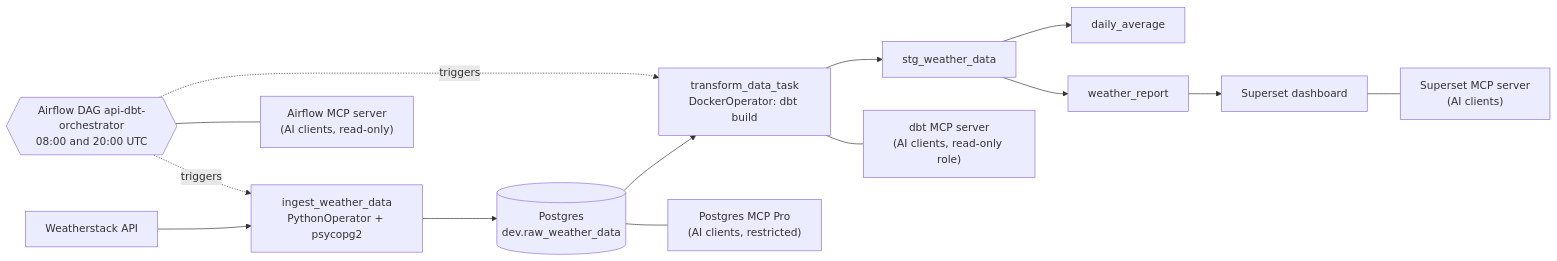
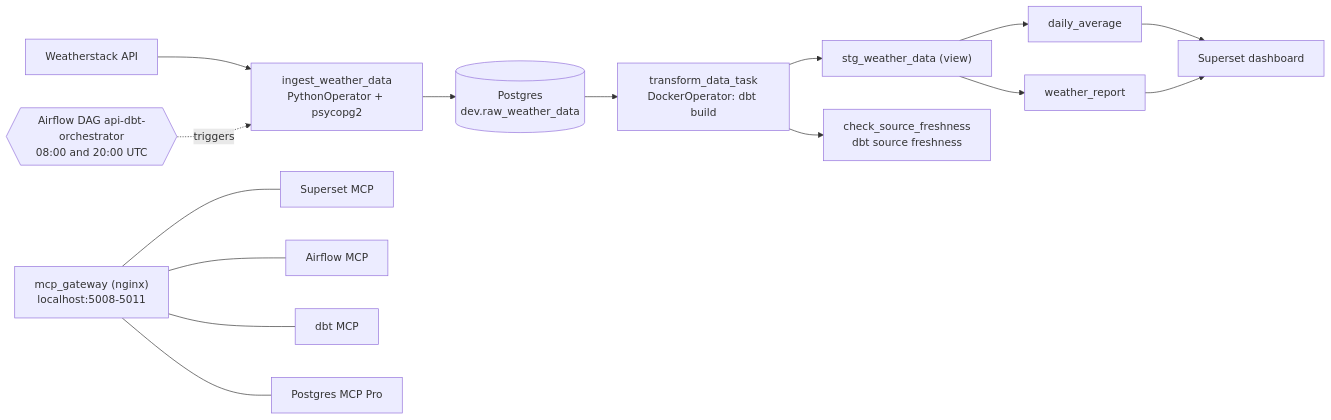
Before and after one commit to henrymarinho90/weather-data-project: the diagram in README.md, drawn with Mermaid. The commit also changed other lines of this file and 52 other files, not shown here.

First line of the commit message:
Audit refactor: least-privilege Postgres, MCP gateway, dbt tests, CI

````diff
--- a/README.md
+++ b/README.md
@@ -9,16 +11,17 @@
 ```mermaid
 flowchart LR
     API["Weatherstack API"] --> ING["ingest_weather_data<br/>PythonOperator + psycopg2"]
     ING --> RAW[("Postgres<br/>dev.raw_weather_data")]
     RAW --> DBT["transform_data_task<br/>DockerOperator: dbt build"]
-    DBT --> STG["stg_weather_data"]
+    DBT --> STG["stg_weather_data (view)"]
     STG --> DA["daily_average"]
     STG --> WR["weather_report"]
-    WR --> SS["Superset dashboard"]
+    DA --> SS["Superset dashboard"]
+    WR --> SS
+    DBT --> FR["check_source_freshness<br/>dbt source freshness"]
     AF{{"Airflow DAG api-dbt-orchestrator<br/>08:00 and 20:00 UTC"}} -. triggers .-> ING
-    AF -. triggers .-> DBT
-    SS --- MCP["Superset MCP server<br/>(AI clients)"]
-    AF --- AMCP["Airflow MCP server<br/>(AI clients, read-only)"]
-    DBT --- DMCP["dbt MCP server<br/>(AI clients, read-only role)"]
-    RAW --- PMCP["Postgres MCP Pro<br/>(AI clients, restricted)"]
+    GW["mcp_gateway (nginx)<br/>localhost:5008-5011"] --- SMCP["Superset MCP"]
+    GW --- AMCP["Airflow MCP"]
+    GW --- DMCP["dbt MCP"]
+    GW --- PMCP["Postgres MCP Pro"]
 ```
````
